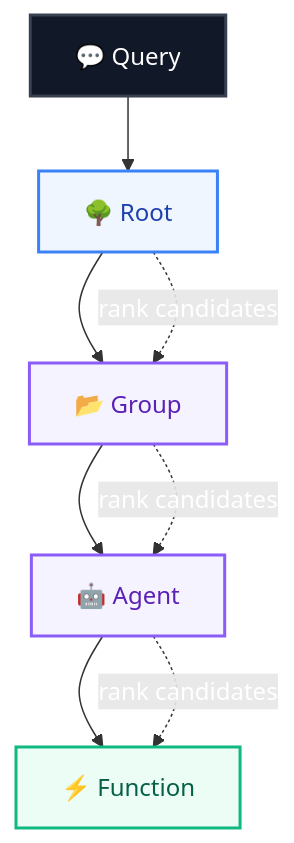
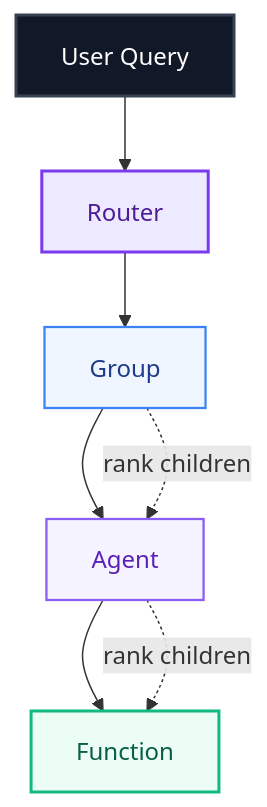
The second of 8 diagrams in README.md (autotask05-pixel/quicktasksdesktopv3), drawn with Mermaid before and after one commit. The commit also changed other lines of this file, not shown here.

````diff
--- a/README.md
+++ b/README.md
@@ -49,22 +52,22 @@
 ```mermaid
 flowchart TD
-    A["💬 Query"] --> B["🌳 Root"]
-    B --> C["📂 Group"]
-    C --> D["🤖 Agent"]
-    D --> E["⚡ Function"]
+    Q["User Query"] --> R["Router"]
+    R --> G["Group"]
+    G --> A["Agent"]
+    A --> F["Function"]
 
-    B -. "rank candidates" .-> C
-    C -. "rank candidates" .-> D
-    D -. "rank candidates" .-> E
+    G -. "rank children" .-> A
+    A -. "rank children" .-> F
 
-    classDef root fill:#111827,color:#fff,stroke:#374151,stroke-width:2px
-    classDef group fill:#eff6ff,color:#1e40af,stroke:#3b82f6,stroke-width:2px
-    classDef agent fill:#f5f3ff,color:#5b21b6,stroke:#8b5cf6,stroke-width:2px
+    classDef entry fill:#111827,color:#ffffff,stroke:#374151,stroke-width:2px
+    classDef router fill:#ede9fe,color:#4c1d95,stroke:#7c3aed,stroke-width:2px
+    classDef group fill:#eff6ff,color:#1e3a8a,stroke:#3b82f6,stroke-width:1.5px
+    classDef agent fill:#f5f3ff,color:#5b21b6,stroke:#8b5cf6,stroke-width:1.5px
     classDef function fill:#ecfdf5,color:#065f46,stroke:#10b981,stroke-width:2px
 
-    class A,root root
-    class B group
-    class C agent
-    class D agent
-    class E function
+    class Q entry
+    class R router
+    class G group
+    class A agent
+    class F function
 ```
````
